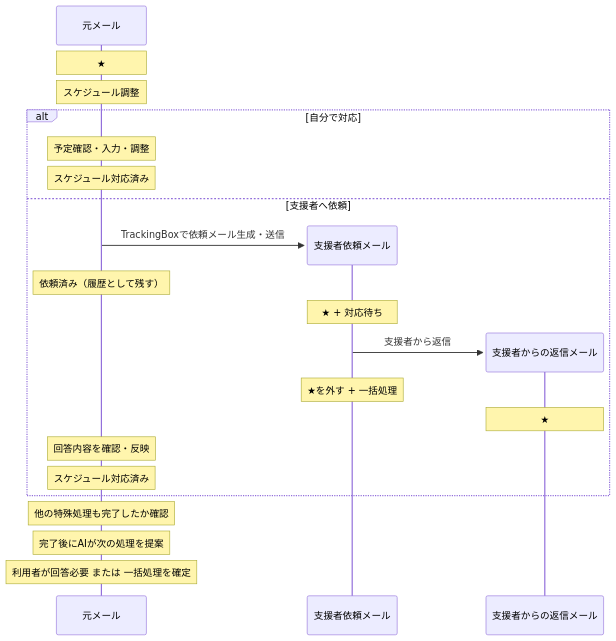
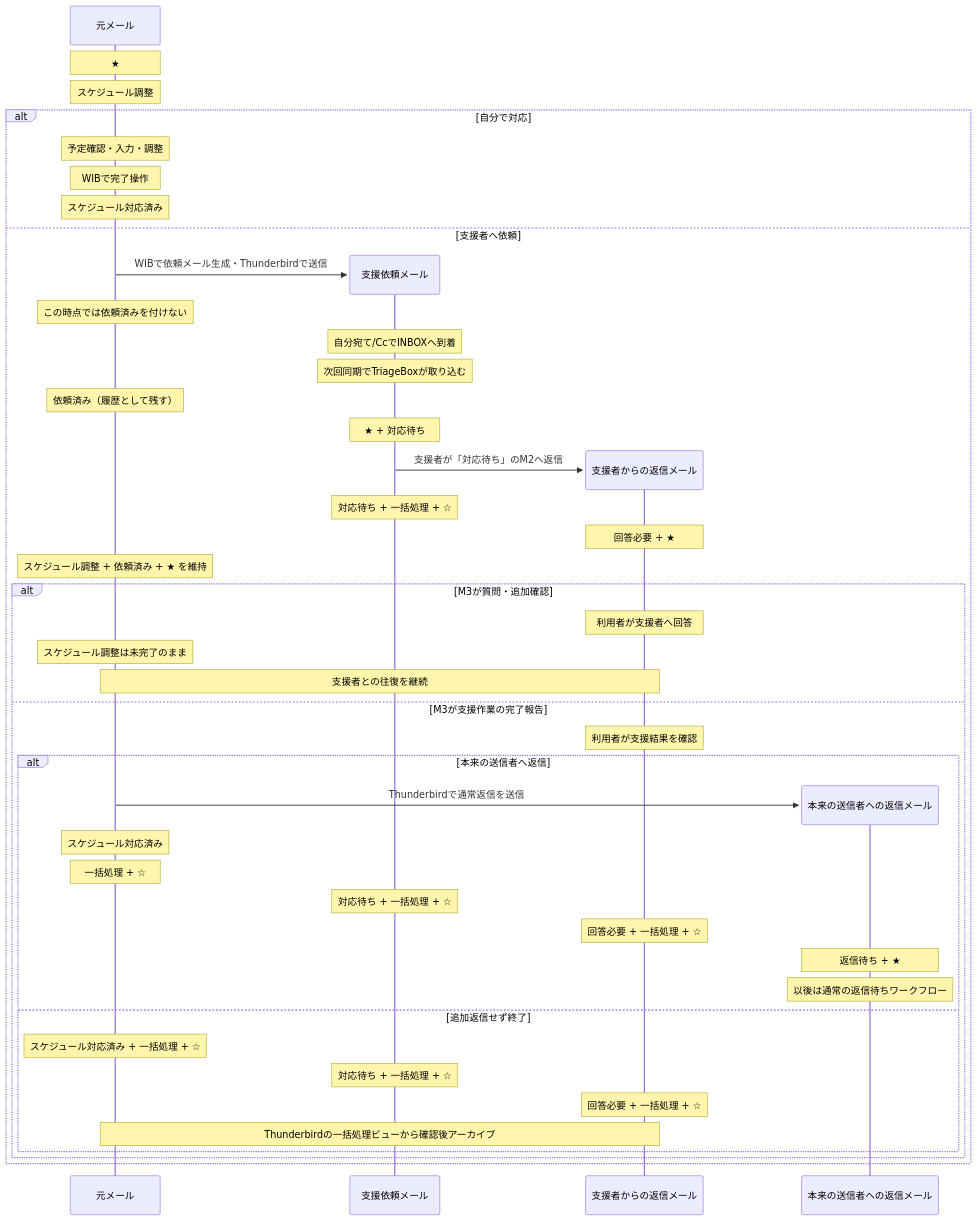
Before and after one commit to a3suger/WorkInBox: the diagram in docs/schedule_reply_workflow_2026-08-12.md, drawn with Mermaid. The commit also changed other lines of this file, not shown here.

Commit message:
Organize schedule flow around mail sequence

````diff
--- a/docs/schedule_reply_workflow_2026-08-12.md
+++ b/docs/schedule_reply_workflow_2026-08-12.md
@@ -206,29 +165,56 @@
 ```mermaid
 sequenceDiagram
 
     participant M1 as 元メール
 
     Note over M1: ★
     Note over M1: スケジュール調整
 
     alt 自分で対応
         Note over M1: 予定確認・入力・調整
+        Note over M1: WIBで完了操作
         Note over M1: スケジュール対応済み
+
     else 支援者へ依頼
-        create participant M2 as 支援者依頼メール
-        M1->>M2: TrackingBoxで依頼メール生成・送信
+        create participant M2 as 支援依頼メール
+        M1->>M2: WIBで依頼メール生成・Thunderbirdで送信
+        Note over M1: この時点では依頼済みを付けない
+        Note over M2: 自分宛て/CcでINBOXへ到着
+
+        Note over M2: 次回同期でTriageBoxが取り込む
         Note over M1: 依頼済み（履歴として残す）
         Note over M2: ★ + 対応待ち
 
         create participant M3 as 支援者からの返信メール
-        M2->>M3: 支援者から返信
-        Note over M2: ★を外す + 一括処理
-        Note over M3: ★
-        Note over M1: 回答内容を確認・反映
-        Note over M1: スケジュール対応済み
+        M2->>M3: 支援者が「対応待ち」のM2へ返信
+        Note over M2: 対応待ち + 一括処理 + ☆
+        Note over M3: 回答必要 + ★
+        Note over M1: スケジュール調整 + 依頼済み + ★ を維持
+
+        alt M3が質問・追加確認
+            Note over M3: 利用者が支援者へ回答
+            Note over M1: スケジュール調整は未完了のまま
+            Note over M1,M3: 支援者との往復を継続
+
+        else M3が支援作業の完了報告
+            Note over M3: 利用者が支援結果を確認
+
+            alt 本来の送信者へ返信
+                create participant M4 as 本来の送信者への返信メール
+                M1->>M4: Thunderbirdで通常返信を送信
+                Note over M1: スケジュール対応済み
+                Note over M1: 一括処理 + ☆
+                Note over M2: 対応待ち + 一括処理 + ☆
+                Note over M3: 回答必要 + 一括処理 + ☆
+                Note over M4: 返信待ち + ★
+                Note over M4: 以後は通常の返信待ちワークフロー
+
+            else 追加返信せず終了
+                Note over M1: スケジュール対応済み + 一括処理 + ☆
+                Note over M2: 対応待ち + 一括処理 + ☆
+                Note over M3: 回答必要 + 一括処理 + ☆
+                Note over M1,M3: Thunderbirdの一括処理ビューから確認後アーカイブ
+            end
+        end
     end
-
-    Note over M1: 他の特殊処理も完了したか確認
-    Note over M1: 完了後にAIが次の処理を提案
-    Note over M1: 利用者が回答必要 または 一括処理を確定
 ```
````
